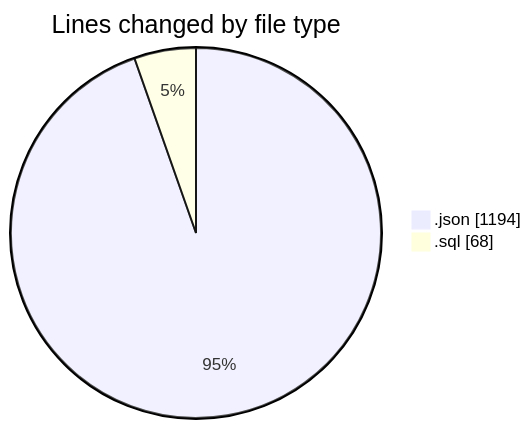
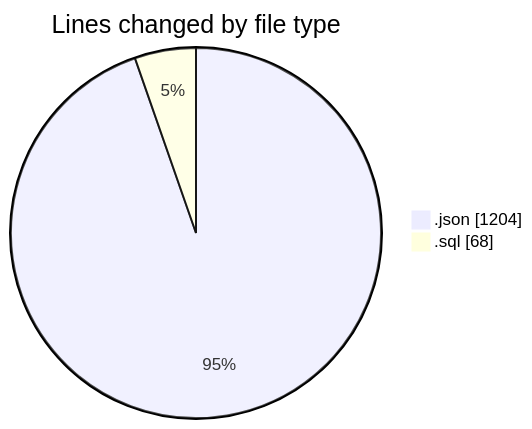
One commit to ricardozamudiocil/code-tracking changed the first of 2 diagrams in 2026-06-16/cilapp/README.md. Above: the diagram before and after it, drawn with Mermaid. The commit also changed other lines of this file and 1 other file, not shown here.

````diff
--- a/2026-06-16/cilapp/README.md
+++ b/2026-06-16/cilapp/README.md
@@ -21,6 +21,6 @@
 ```mermaid
 pie showData
 title Lines changed by file type
-".json" : 1194
+".json" : 1204
 ".sql" : 68
 ```
````
